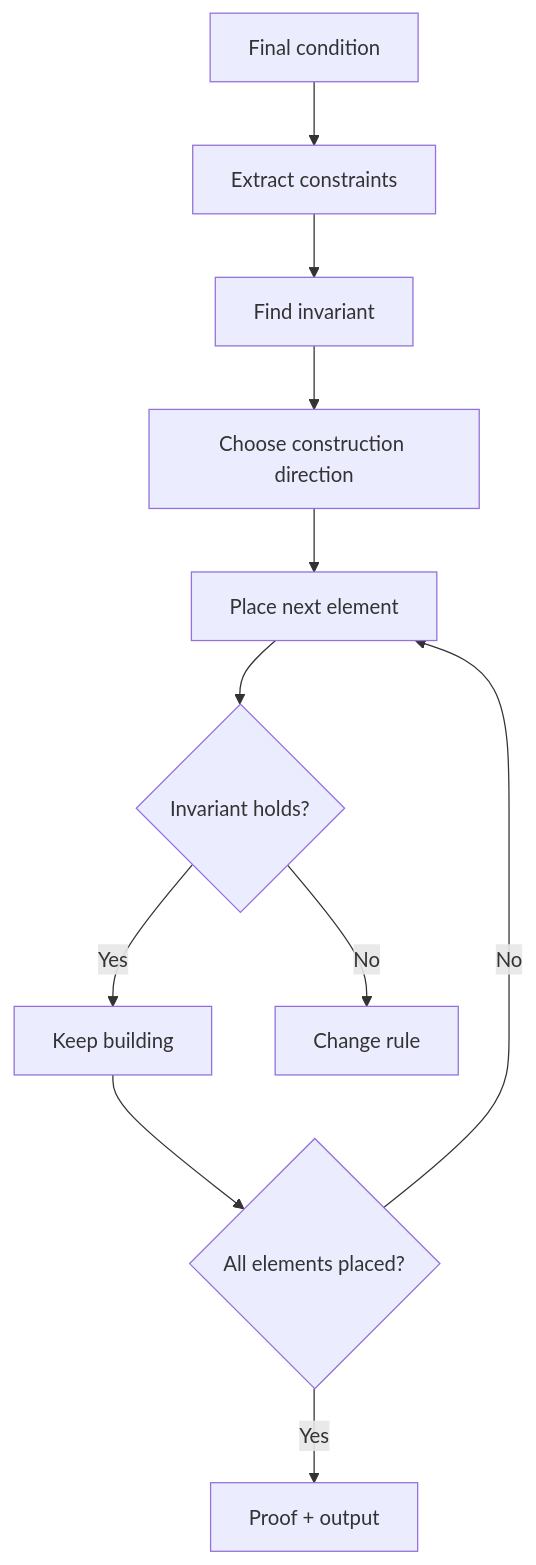
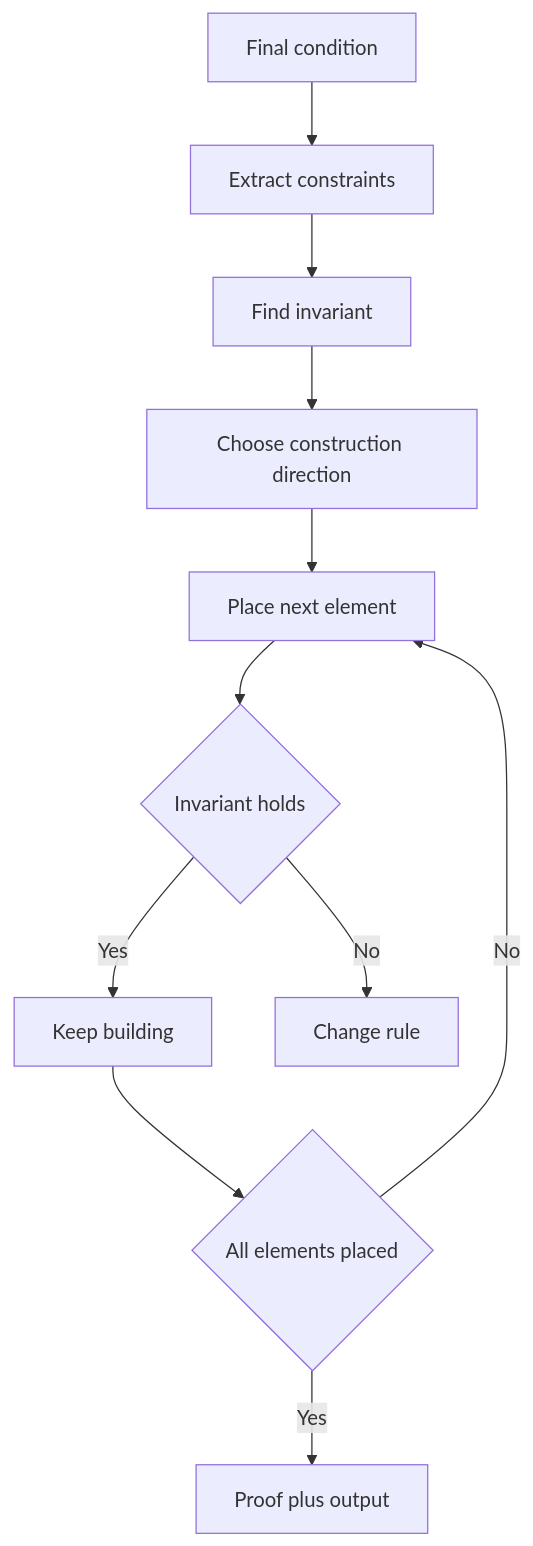
The third of 25 diagrams in CP_DSA_NOTES/002_CONCEPT_FRAMEWORK_FORMS_TATICS/011_CONTRUCTIVE_ALGORITHMS_CFFT.md (mthaiseer/springcloud-systemdesign-notes), drawn with Mermaid before and after one commit. The commit also changed other lines of this file and 1 other file, not shown here.

````diff
--- a/CP_DSA_NOTES/002_CONCEPT_FRAMEWORK_FORMS_TATICS/011_CONTRUCTIVE_ALGORITHMS_CFFT.md
+++ b/CP_DSA_NOTES/002_CONCEPT_FRAMEWORK_FORMS_TATICS/011_CONTRUCTIVE_ALGORITHMS_CFFT.md
@@ -139,13 +134,13 @@
 ```mermaid
 flowchart TD
-    A[Final condition] --> B[Extract constraints]
-    B --> C[Find invariant]
-    C --> D[Choose construction direction]
-    D --> E[Place next element]
-    E --> F{Invariant holds?}
-    F -->|Yes| G[Keep building]
-    F -->|No| H[Change rule]
-    G --> I{All elements placed?}
+    A["Final condition"] --> B["Extract constraints"]
+    B --> C["Find invariant"]
+    C --> D["Choose construction direction"]
+    D --> E["Place next element"]
+    E --> F{"Invariant holds"}
+    F -->|Yes| G["Keep building"]
+    F -->|No| H["Change rule"]
+    G --> I{"All elements placed"}
     I -->|No| E
-    I -->|Yes| J[Proof + output]
+    I -->|Yes| J["Proof plus output"]
 ```
````
